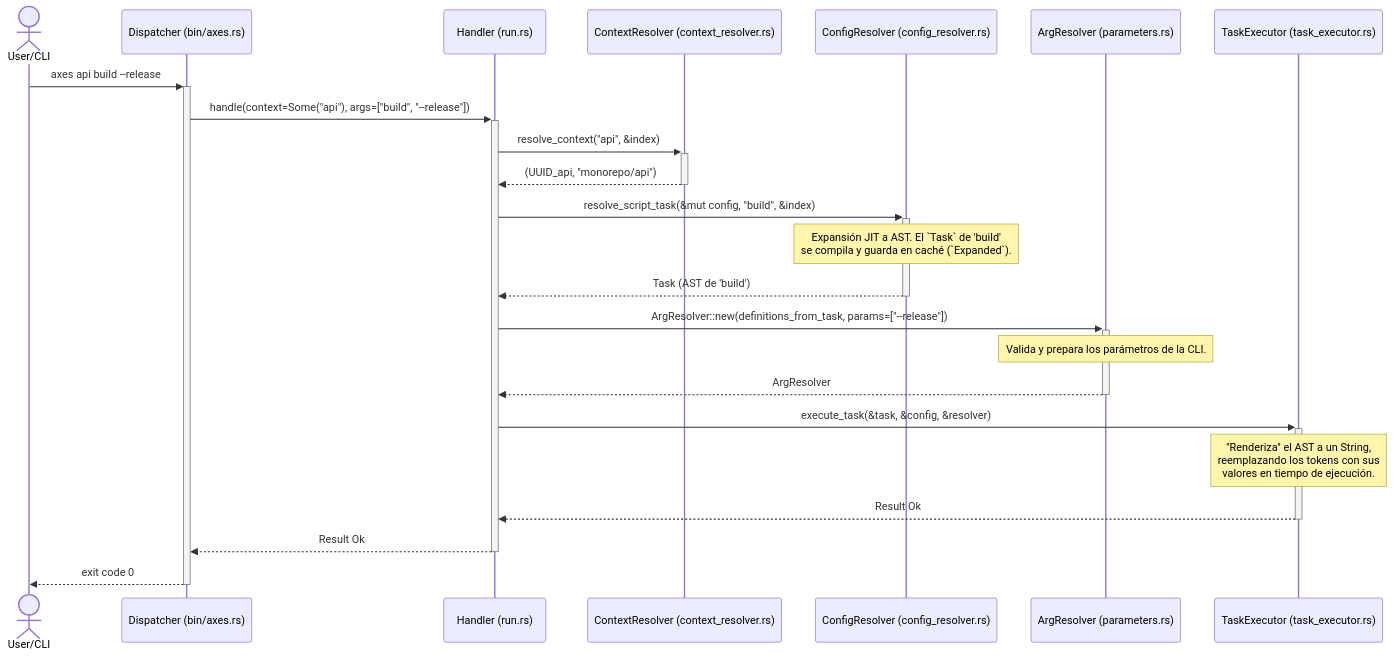
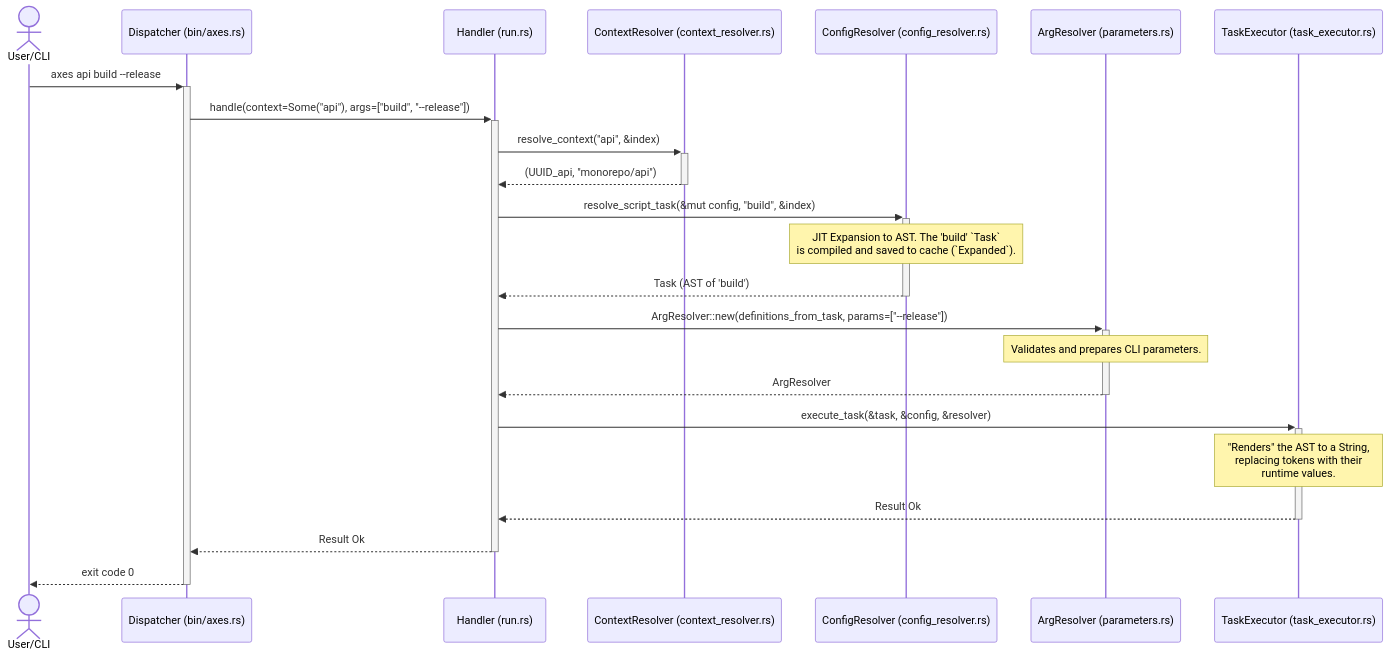
The third of 6 diagrams in TECNICAL.md (RetypeOS/axes), drawn with Mermaid before and after one commit. The commit also changed other lines of this file and 2 other files, not shown here.

````diff
--- a/TECNICAL.md
+++ b/TECNICAL.md
@@ -129,26 +129,26 @@
 ```mermaid
 sequenceDiagram
     actor User/CLI
     participant D as Dispatcher (bin/axes.rs)
     participant H as Handler (run.rs)
     participant CR as ContextResolver (context_resolver.rs)
     participant CfgR as ConfigResolver (config_resolver.rs)
     participant AR as ArgResolver (parameters.rs)
     participant TE as TaskExecutor (task_executor.rs)
 
     User/CLI->>+D: axes api build --release
     D->>+H: handle(context=Some("api"), args=["build", "--release"])
     H->>+CR: resolve_context("api", &index)
     CR-->>-H: (UUID_api, "monorepo/api")
     H->>+CfgR: resolve_script_task(&mut config, "build", &index)
-    Note over CfgR: Expansión JIT a AST. El `Task` de 'build'<br>se compila y guarda en caché (`Expanded`).
-    CfgR-->>-H: Task (AST de 'build')
+    Note over CfgR: JIT Expansion to AST. The 'build' `Task`<br>is compiled and saved to cache (`Expanded`).
+    CfgR-->>-H: Task (AST of 'build')
     H->>+AR: ArgResolver::new(definitions_from_task, params=["--release"])
-    Note over AR: Valida y prepara los parámetros de la CLI.
+    Note over AR: Validates and prepares CLI parameters.
     AR-->>-H: ArgResolver
     H->>+TE: execute_task(&task, &config, &resolver)
-    Note over TE: "Renderiza" el AST a un String,<br>reemplazando los tokens con sus<br>valores en tiempo de ejecución.
+    Note over TE: "Renders" the AST to a String,<br>replacing tokens with their<br>runtime values.
     TE-->>-H: Result Ok
     H-->>-D: Result Ok
     D-->>-User/CLI: exit code 0
 ```
````
